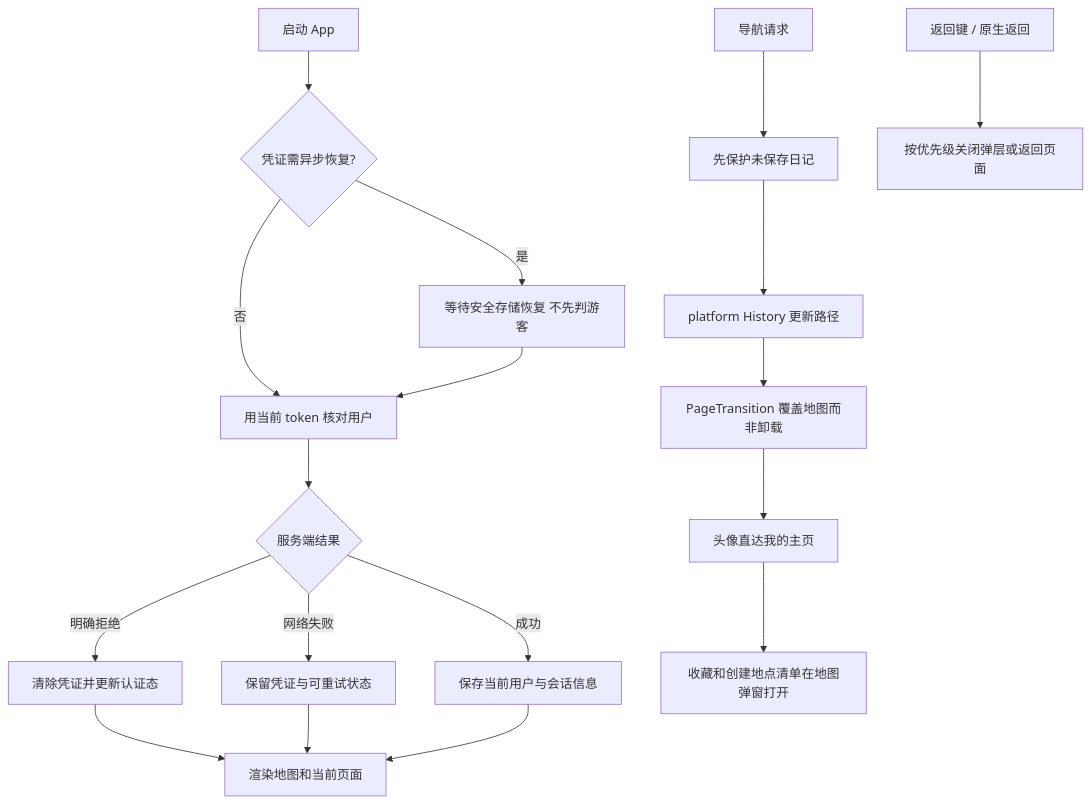
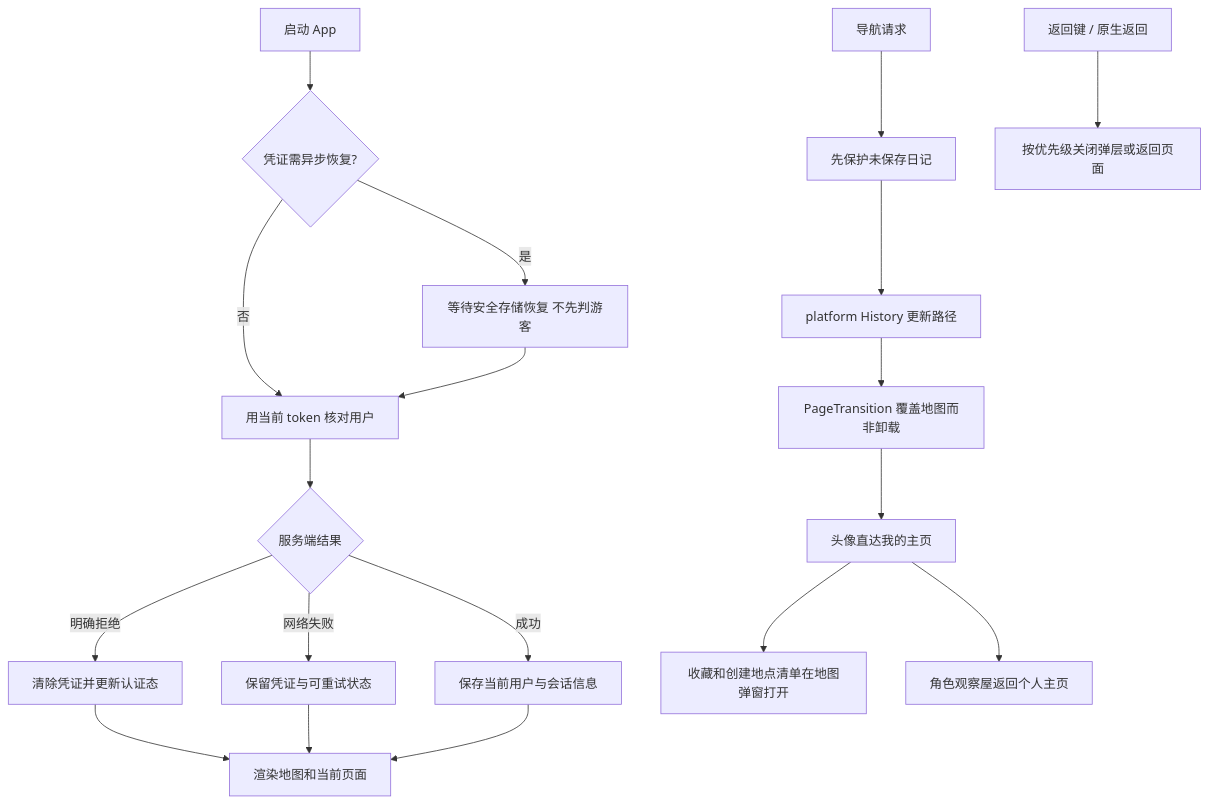
The diagram in frontend/src/app/doc/README.md (DinnerpartyFoodMap/dinnerparty_community), drawn with Mermaid before and after one commit. The commit also changed 36 other files, not shown here.

````diff
--- a/frontend/src/app/doc/README.md
+++ b/frontend/src/app/doc/README.md
@@ -5,20 +5,21 @@
 ```mermaid
 flowchart TD
     Start[启动 App] --> Restore{凭证需异步恢复?}
     Restore -->|是| Wait[等待安全存储恢复 不先判游客]
     Restore -->|否| Check[用当前 token 核对用户]
     Wait --> Check
     Check --> Response{服务端结果}
     Response -->|明确拒绝| Clear[清除凭证并更新认证态]
     Response -->|网络失败| Keep[保留凭证与可重试状态]
     Response -->|成功| User[保存当前用户与会话信息]
     Clear --> Render[渲染地图和当前页面]
     Keep --> Render
     User --> Render
     Navigate[导航请求] --> Leave[先保护未保存日记]
     Leave --> History[platform History 更新路径]
     History --> Page[PageTransition 覆盖地图而非卸载]
     Back[返回键 / 原生返回] --> Stack[按优先级关闭弹层或返回页面]
     Page --> Profile[头像直达我的主页]
     Profile --> MapList[收藏和创建地点清单在地图弹窗打开]
+    Profile --> Companion[角色观察屋返回个人主页]
 ```
````
